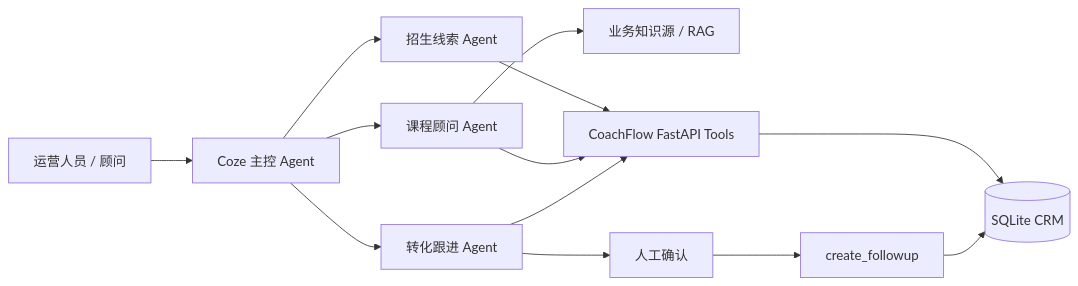
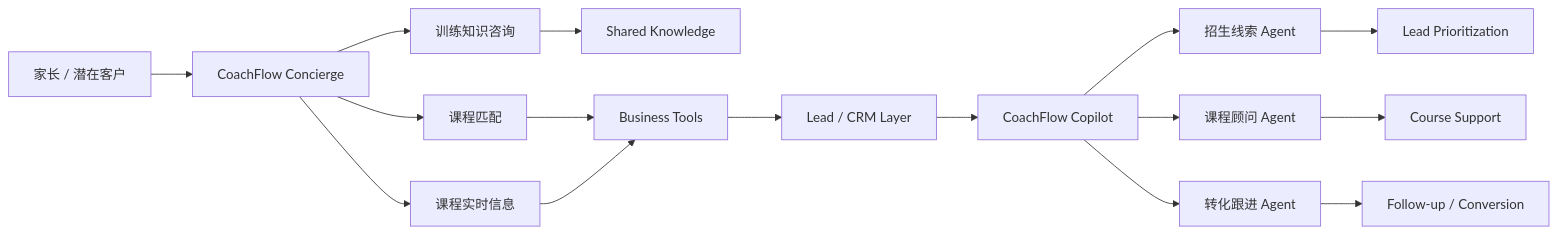
Before and after one commit to zcheng0319-dot/CoachFlow-AI: the diagram in README.md, drawn with Mermaid. The commit also changed other lines of this file and 6 other files, not shown here.

Commit message:
docs: define two-experience agent architecture

````diff
--- a/README.md
+++ b/README.md
@@ -21,15 +32,18 @@
 ```mermaid
 flowchart LR
-    U[运营人员 / 顾问] --> R[Coze 主控 Agent]
-    R --> L[招生线索 Agent]
-    R --> C[课程顾问 Agent]
-    R --> G[转化跟进 Agent]
-    C --> K[业务知识源 / RAG]
-    L --> T[CoachFlow FastAPI Tools]
-    C --> T
-    G --> T
-    T --> D[(SQLite CRM)]
-    G --> H[人工确认]
-    H --> F[create_followup]
-    F --> D
+    A[家长 / 潜在客户] --> B[CoachFlow Concierge]
+    B --> C[训练知识咨询]
+    B --> D[课程匹配]
+    B --> E[课程实时信息]
+    C --> F[Shared Knowledge]
+    D --> G[Business Tools]
+    E --> G
+    G --> H[Lead / CRM Layer]
+    H --> I[CoachFlow Copilot]
+    I --> J[招生线索 Agent]
+    I --> K[课程顾问 Agent]
+    I --> L[转化跟进 Agent]
+    J --> M[Lead Prioritization]
+    K --> N[Course Support]
+    L --> O[Follow-up / Conversion]
 ```
````
